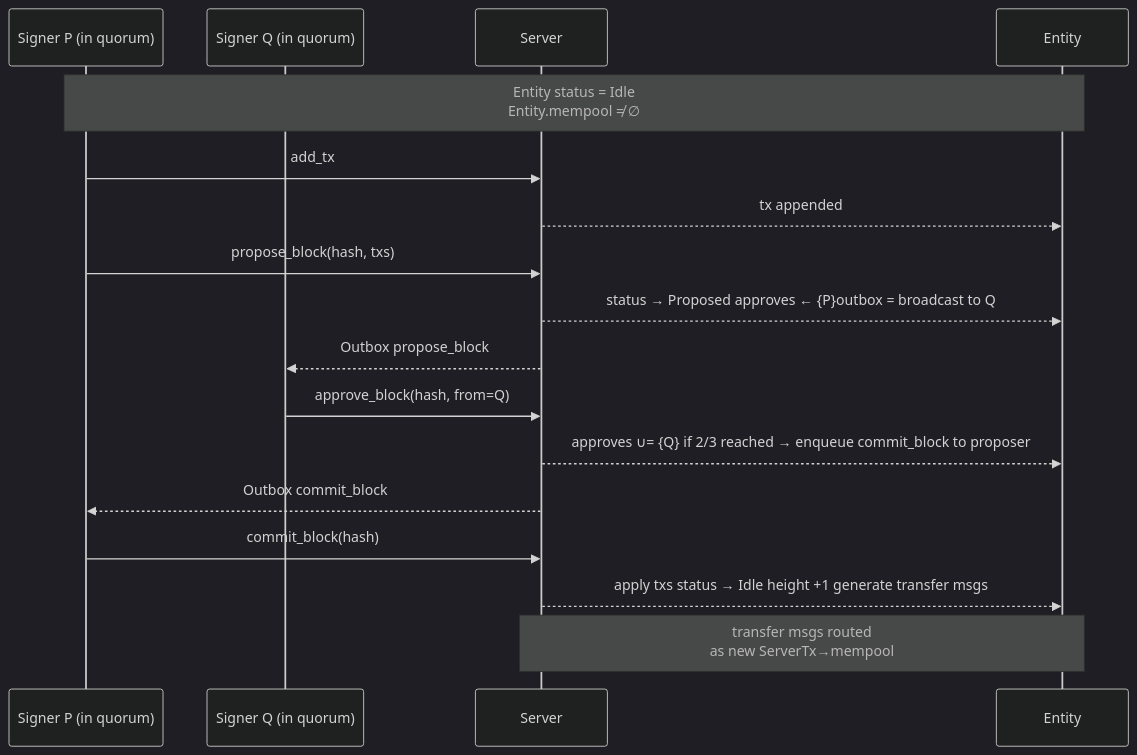
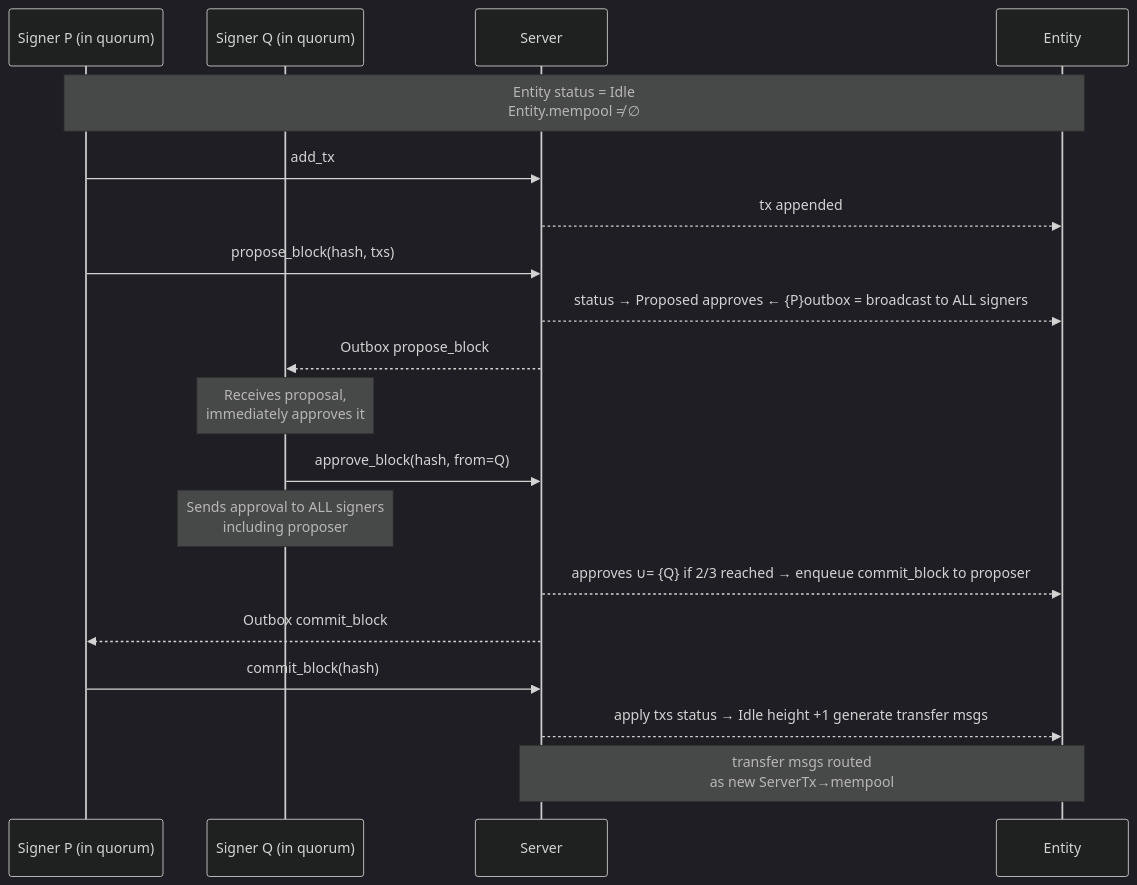
Before and after one commit to adimov-eth/xln: the diagram in docs/entityConsensus.mmd, drawn with Mermaid (dark theme). The commit also changed 2 other files, not shown here.

Commit message:
Enhance documentation and error handling in the Assistant Guide and system diagrams
- Updated `ASSISTANT_GUIDE.md` to reflect fixes in DAO governance simulation, improved type conversions, and enhanced error recovery strategies.
- Documented solutions for message flow adjustments and introduced new type helper functions in `typeHelpers.ts`.
- Improved error handling with the addition of an `ErrorCollector` class and severity levels in `errorHandling.ts`.
- Updated system diagrams to include error collection processes and type safety enhancements, clarifying the overall architecture.

```diff
--- a/docs/entityConsensus.mmd
+++ b/docs/entityConsensus.mmd
@@ -1,25 +1,27 @@
 sequenceDiagram
   participant Proposer as Signer P (in quorum)
   participant CoSigner as Signer Q (in quorum)
   participant Server
   participant Entity
 
   Note over Proposer,Entity: Entity status = Idle<br/>Entity.mempool ≠ ∅
   
   Proposer->>Server: add_tx
   Server-->>Entity: tx appended
   
   Proposer->>Server: propose_block(hash, txs)
-  Server-->>Entity: status → Proposed approves ← {P}outbox = broadcast to Q
+  Server-->>Entity: status → Proposed approves ← {P}outbox = broadcast to ALL signers
   
   Server-->>CoSigner: Outbox propose_block
+  Note over CoSigner: Receives proposal,<br/>immediately approves it
   
   CoSigner->>Server: approve_block(hash, from=Q)
+  Note over CoSigner: Sends approval to ALL signers<br/>including proposer
   Server-->>Entity: approves ∪= {Q} if 2/3 reached → enqueue commit_block to proposer
   
   Server-->>Proposer: Outbox commit_block
   
   Proposer->>Server: commit_block(hash)
   Server-->>Entity: apply txs status → Idle height +1 generate transfer msgs
   
   Note over Server,Entity: transfer msgs routed<br/>as new ServerTx→mempool
```
